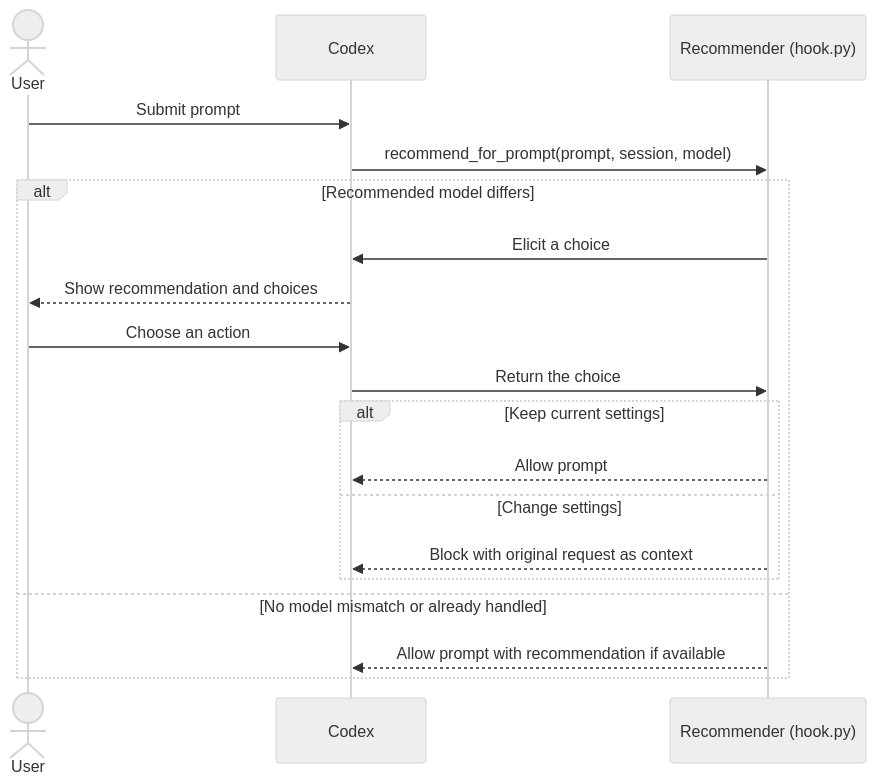
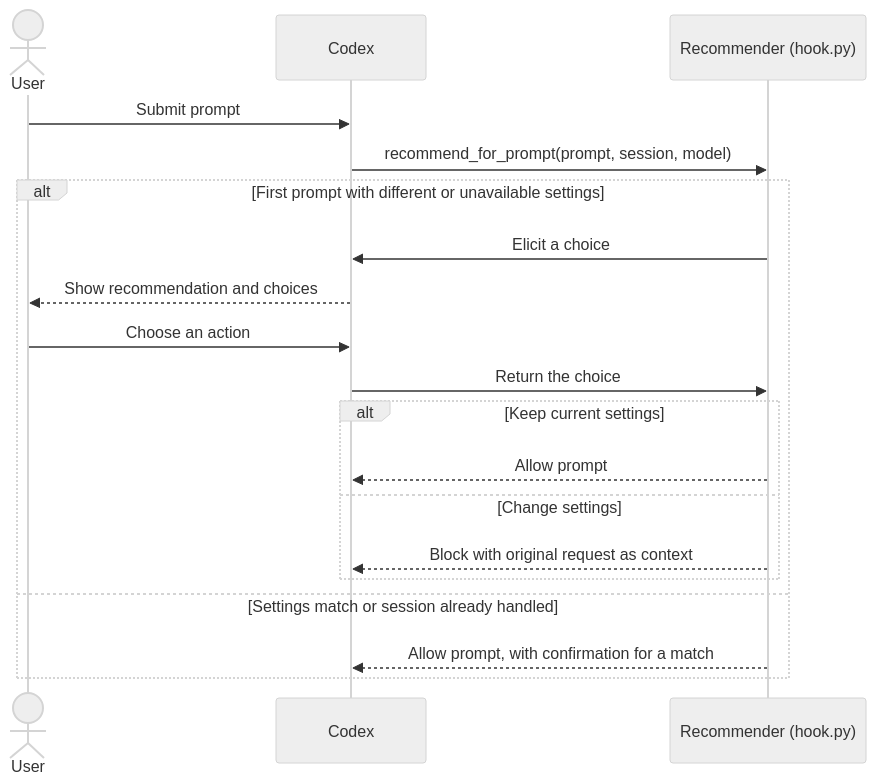
Before and after one commit to pedromfmachado/laya-model-recommender: the diagram in ARCHITECTURE.md, drawn with Mermaid (neutral theme). The commit also changed other lines of this file and 7 other files, not shown here.

Commit message:
Compare recommended and current reasoning settings

````diff
--- a/ARCHITECTURE.md
+++ b/ARCHITECTURE.md
@@ -18,22 +18,22 @@
 ```mermaid
 sequenceDiagram
     actor User
     participant Codex
     participant Hook as Recommender (hook.py)
 
     User->>Codex: Submit prompt
     Codex->>Hook: recommend_for_prompt(prompt, session, model)
-    alt Recommended model differs
+    alt First prompt with different or unavailable settings
         Hook->>Codex: Elicit a choice
         Codex-->>User: Show recommendation and choices
         User->>Codex: Choose an action
         Codex->>Hook: Return the choice
         alt Keep current settings
             Hook-->>Codex: Allow prompt
         else Change settings
             Hook-->>Codex: Block with original request as context
         end
-    else No model mismatch or already handled
-        Hook-->>Codex: Allow prompt with recommendation if available
+    else Settings match or session already handled
+        Hook-->>Codex: Allow prompt, with confirmation for a match
     end
 ```
````
